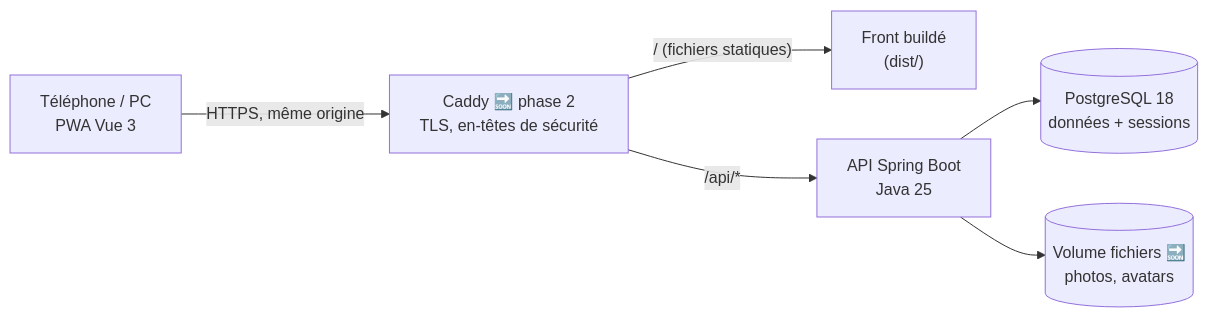
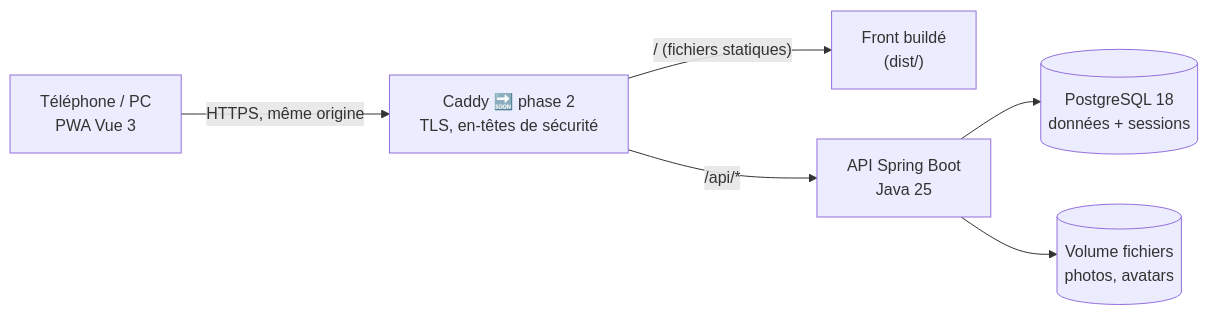
The first of 4 diagrams in docs/ARCHITECTURE.md (Whiplashhhh/GG_Pocket), drawn with Mermaid before and after one commit. The commit also changed other lines of this file and 5 other files, not shown here.

Commit message:
docs: phase 1 decisions, architecture, roadmap, changelog, demo accounts

````diff
--- a/docs/ARCHITECTURE.md
+++ b/docs/ARCHITECTURE.md
@@ -10,8 +10,8 @@
 ```mermaid
 flowchart LR
     phone["Téléphone / PC<br/>PWA Vue 3"] -- "HTTPS, même origine" --> caddy["Caddy 🔜 phase 2<br/>TLS, en-têtes de sécurité"]
     caddy -- "/ (fichiers statiques)" --> web["Front buildé<br/>(dist/)"]
     caddy -- "/api/*" --> api["API Spring Boot<br/>Java 25"]
     api --> db[("PostgreSQL 18<br/>données + sessions")]
-    api --> files[("Volume fichiers 🔜<br/>photos, avatars")]
+    api --> files[("Volume fichiers<br/>photos, avatars")]
 ```
````
